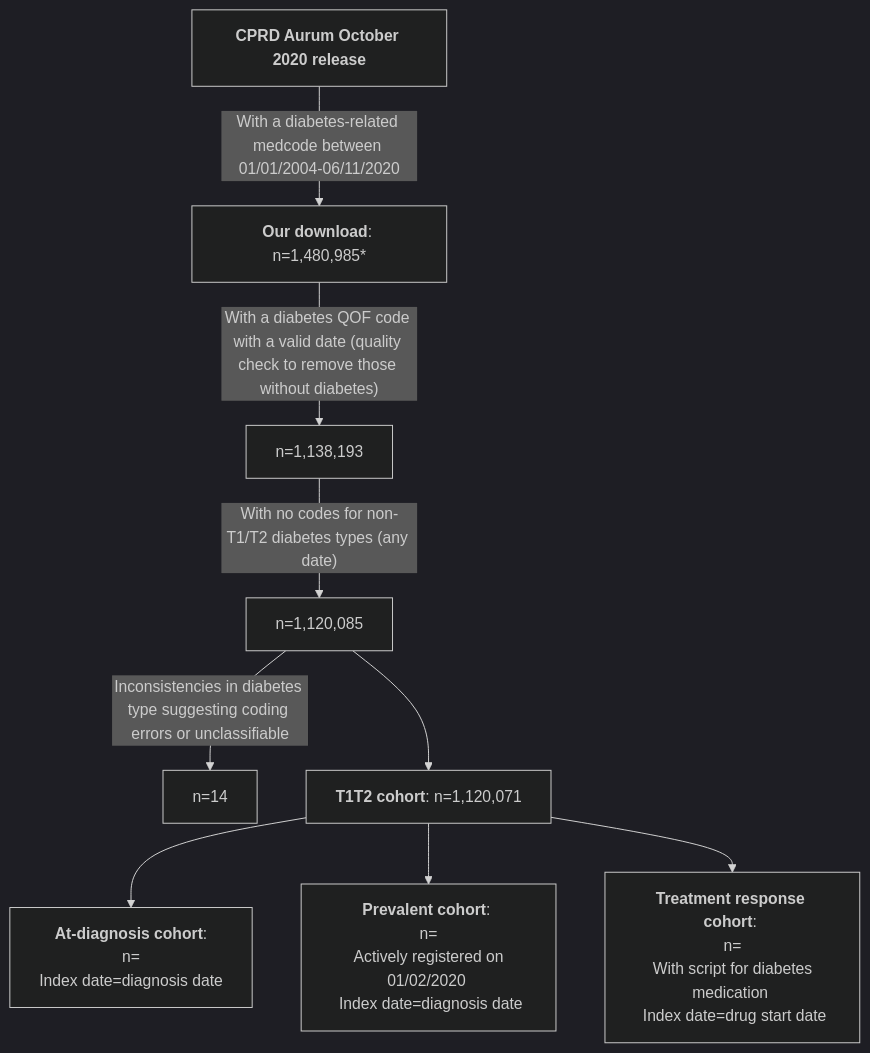
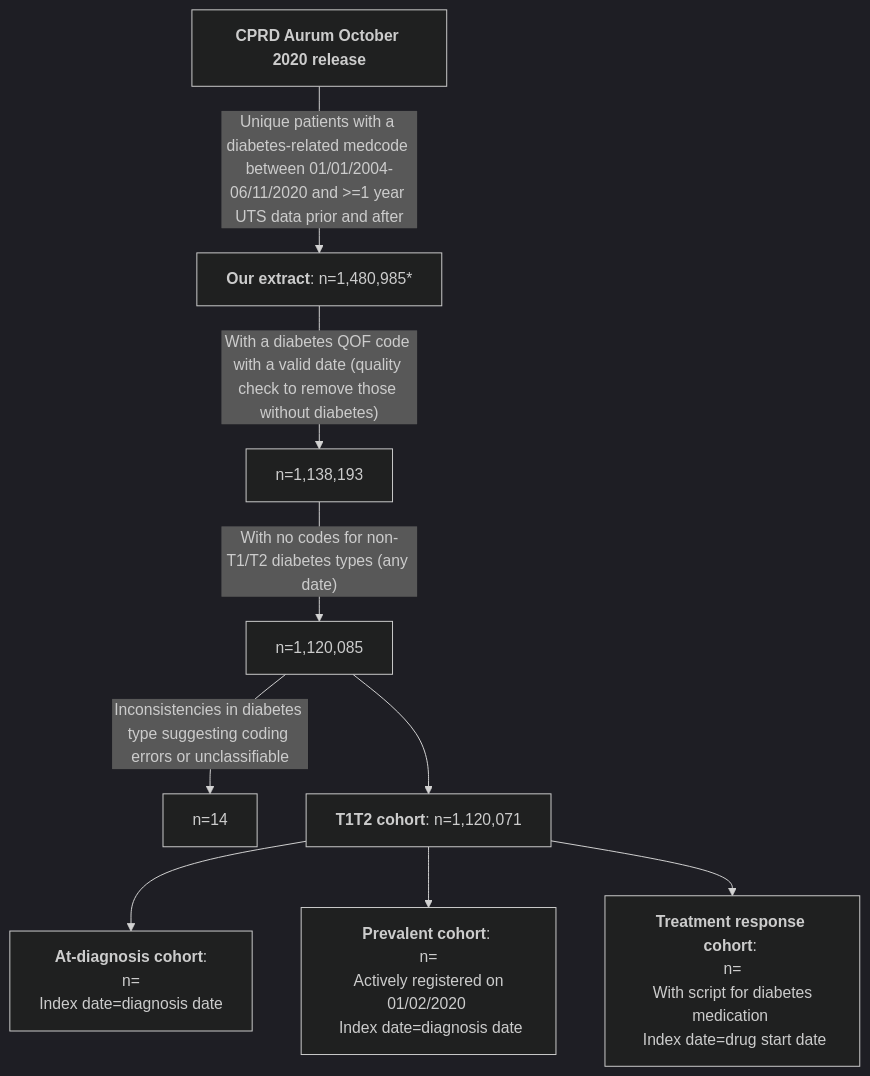
One commit to Exeter-Diabetes/CPRD-Cohort-scripts changed the diagram in README.md. Above: the diagram before and after it, drawn with Mermaid (dark theme). The commit also changed other lines of this file, not shown here.

````diff
--- a/README.md
+++ b/README.md
@@ -12,11 +12,11 @@
 ```mermaid
 graph TD;
-    A["<b>CPRD Aurum October 2020 release</b>"] --> |"With a diabetes-related medcode between 01/01/2004-06/11/2020"| B["<b>Our download</b>: n=1,480,985*"]
+    A["<b>CPRD Aurum October 2020 release</b>"] --> |"Unique patients with a diabetes-related medcode between 01/01/2004-06/11/2020 and >=1 year UTS data prior and after"| B["<b>Our extract</b>: n=1,480,985*"]
     B -->|"With a diabetes QOF code with a valid date (quality check to remove those without diabetes)"|C["n=1,138,193"]
     C --> |"With no codes for non-T1/T2 diabetes types (any date)"|D["n=1,120,085"]
     D --> |"Inconsistencies in diabetes type suggesting coding errors or unclassifiable"|E["n=14"]
     D --> F["<b>T1T2 cohort</b>: n=1,120,071"]
     F --> G["<b>At-diagnosis cohort</b>: <br> n= <br> Index date=diagnosis date"]
     F --> H["<b>Prevalent cohort</b>: <br> n= <br> Actively registered on 01/02/2020 <br> Index date=diagnosis date"]
     F --> I["<b>Treatment response cohort</b>: <br> n= <br> With script for diabetes medication <br> Index date=drug start date"]
 ```
````
